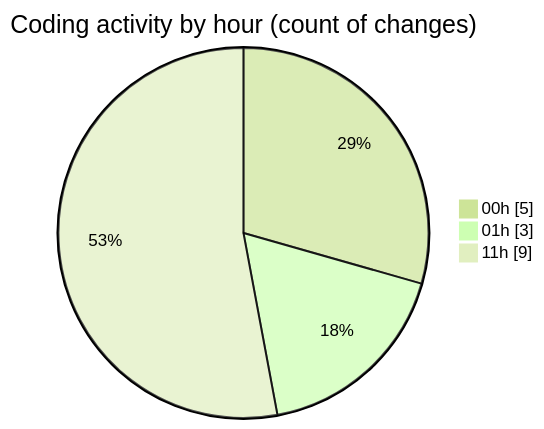
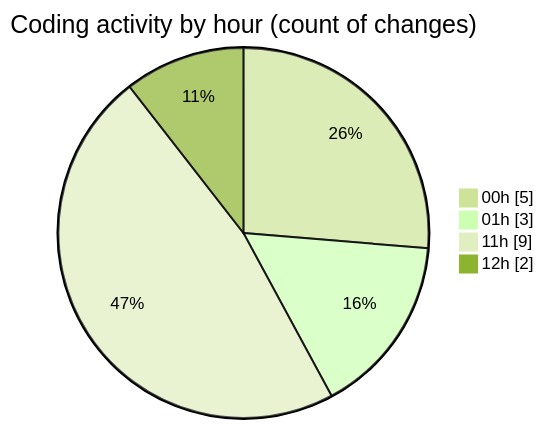
One commit to julien-gomy/code-tracking changed the second of 2 diagrams in 2025-11-16/cdp_aleoudev_fr__workspace_/README.md. Above: the diagram before and after it, drawn with Mermaid (forest theme). The commit also changed other lines of this file and 1 other file, not shown here.

````diff
--- a/2025-11-16/cdp_aleoudev_fr__workspace_/README.md
+++ b/2025-11-16/cdp_aleoudev_fr__workspace_/README.md
@@ -36,7 +37,8 @@
 ```mermaid
 pie showData
 title Coding activity by hour (count of changes)
 "00h" : 5
 "01h" : 3
 "11h" : 9
+"12h" : 2
 ```
````
